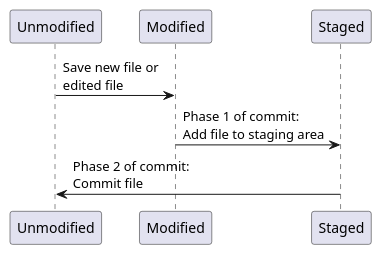
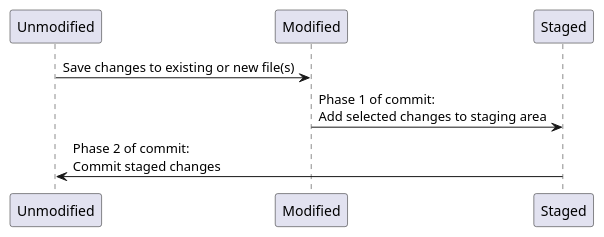
The diagram in file-tracking-in-git.puml (rostools/cog-flow-intro), drawn with PlantUML before and after one commit.

Commit message:
docs: files -> changes
To cover that commits doesn't have to be on the file level

```diff
--- a/file-tracking-in-git.puml
+++ b/file-tracking-in-git.puml
@@ -2,7 +2,7 @@
 @startuml file-tracking-in-git
 
-"Unmodified" -> "Modified": Save new file or\nedited file
-"Modified" -> "Staged": Phase 1 of commit:\nAdd file to staging area
-"Staged" -> "Unmodified": Phase 2 of commit:\nCommit file
+"Unmodified" -> "Modified": Save changes to existing or new file(s)
+"Modified" -> "Staged": Phase 1 of commit:\nAdd selected changes to staging area
+"Staged" -> "Unmodified": Phase 2 of commit:\nCommit staged changes
 
 @enduml 
```
